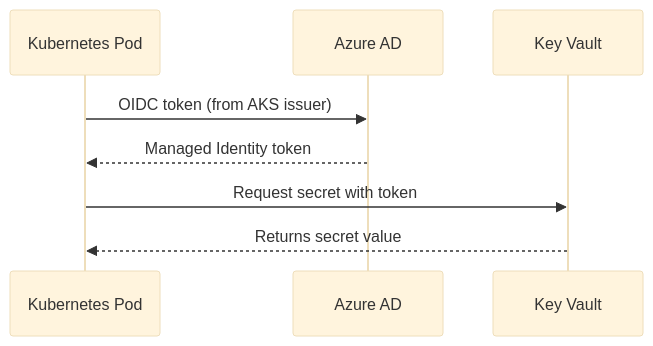
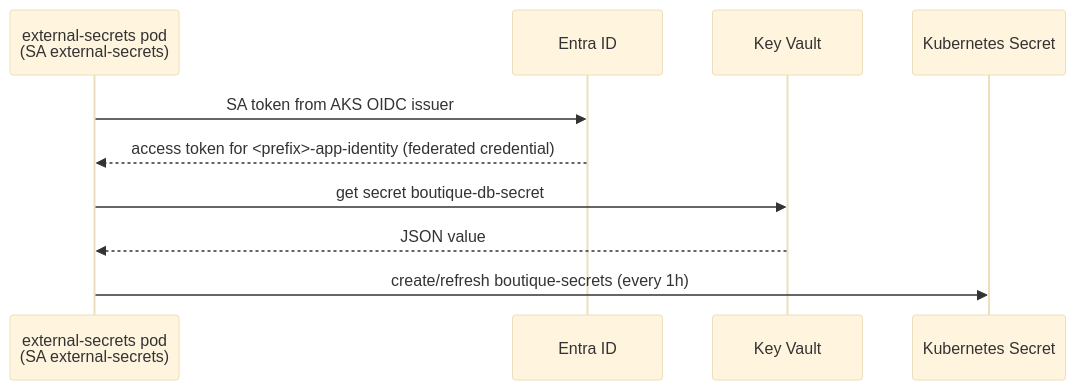
One commit to nishadZC/boutique-infra-ado changed the third of 3 diagrams in README.md. Above: the diagram before and after it, drawn with Mermaid (base theme). The commit also changed other lines of this file and 14 other files, not shown here.

````diff
--- a/README.md
+++ b/README.md
@@ -222,11 +572,13 @@
 ```mermaid
 sequenceDiagram
-    participant Pod as Kubernetes Pod
-    participant AzureAD as Azure AD
+    participant ESO as external-secrets pod<br/>(SA external-secrets)
+    participant Entra as Entra ID
     participant KV as Key Vault
+    participant K8s as Kubernetes Secret
 
-    Pod->>AzureAD: OIDC token (from AKS issuer)
-    AzureAD-->>Pod: Managed Identity token
-    Pod->>KV: Request secret with token
-    KV-->>Pod: Returns secret value
+    ESO->>Entra: SA token from AKS OIDC issuer
+    Entra-->>ESO: access token for <prefix>-app-identity (federated credential)
+    ESO->>KV: get secret boutique-db-secret
+    KV-->>ESO: JSON value
+    ESO->>K8s: create/refresh boutique-secrets (every 1h)
 ```
````
